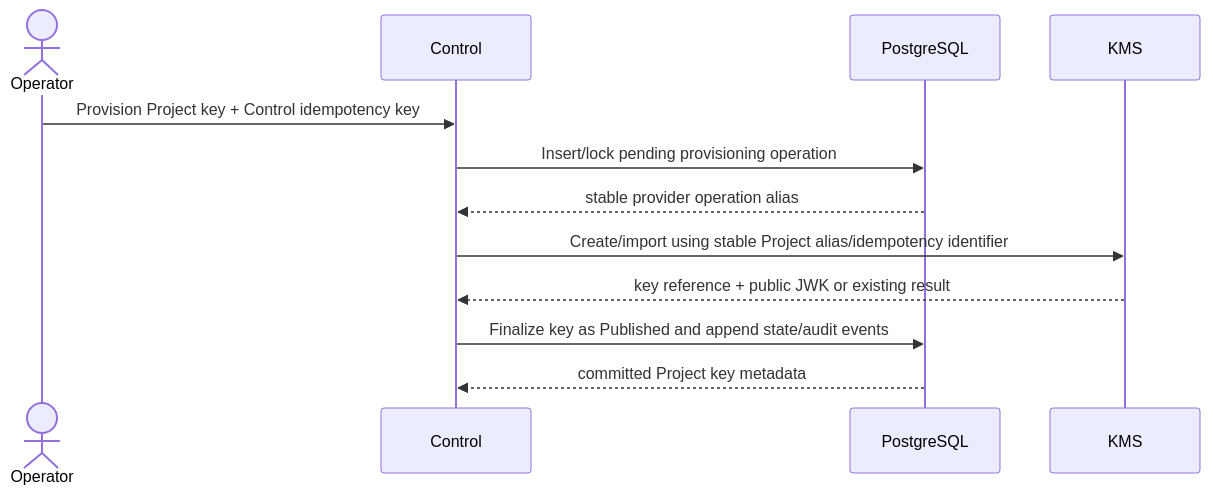
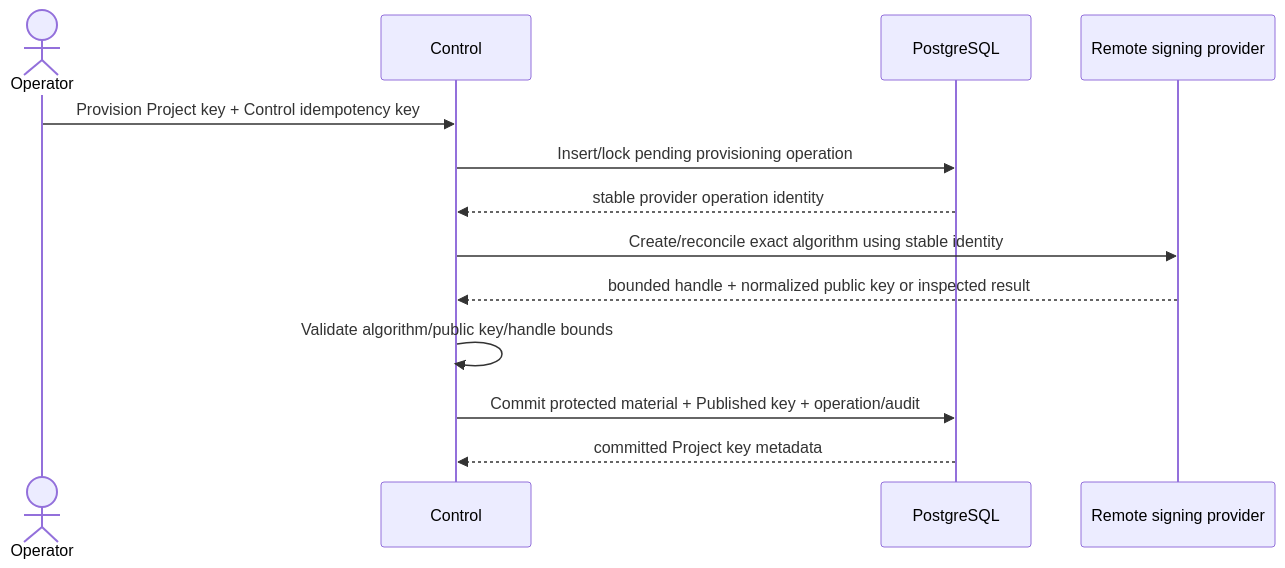
One commit to owlfoundry/owlauth changed the second of 4 diagrams in spec/06-operations-configuration-and-security.md. Above: the diagram before and after it, drawn with Mermaid. The commit also changed other lines of this file and 320 other files, not shown here.

````diff
--- a/spec/06-operations-configuration-and-security.md
+++ b/spec/06-operations-configuration-and-security.md
@@ -175,15 +202,16 @@
 ```mermaid
 sequenceDiagram
     actor Operator
     participant Control
     participant PG as PostgreSQL
-    participant KMS
+    participant Provider as Remote signing provider
 
     Operator->>Control: Provision Project key + Control idempotency key
     Control->>PG: Insert/lock pending provisioning operation
-    PG-->>Control: stable provider operation alias
-    Control->>KMS: Create/import using stable Project alias/idempotency identifier
-    KMS-->>Control: key reference + public JWK or existing result
-    Control->>PG: Finalize key as Published and append state/audit events
+    PG-->>Control: stable provider operation identity
+    Control->>Provider: Create/reconcile exact algorithm using stable identity
+    Provider-->>Control: bounded handle + normalized public key or inspected result
+    Control->>Control: Validate algorithm/public key/handle bounds
+    Control->>PG: Commit protected material + Published key + operation/audit
     PG-->>Control: committed Project key metadata
 ```
````
